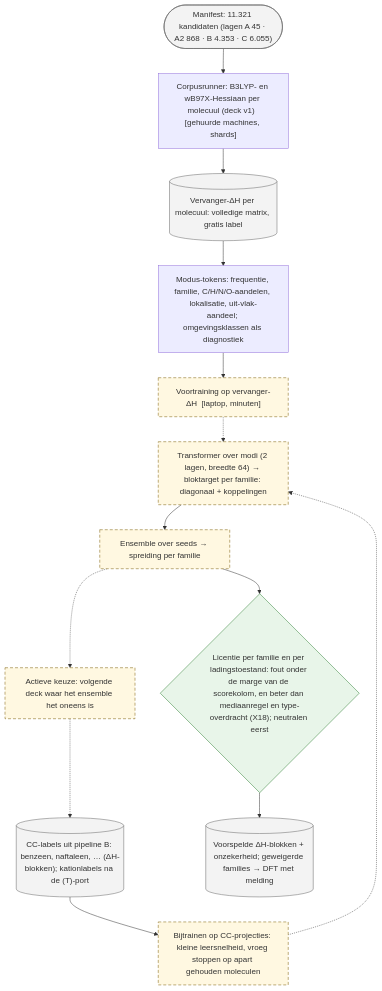
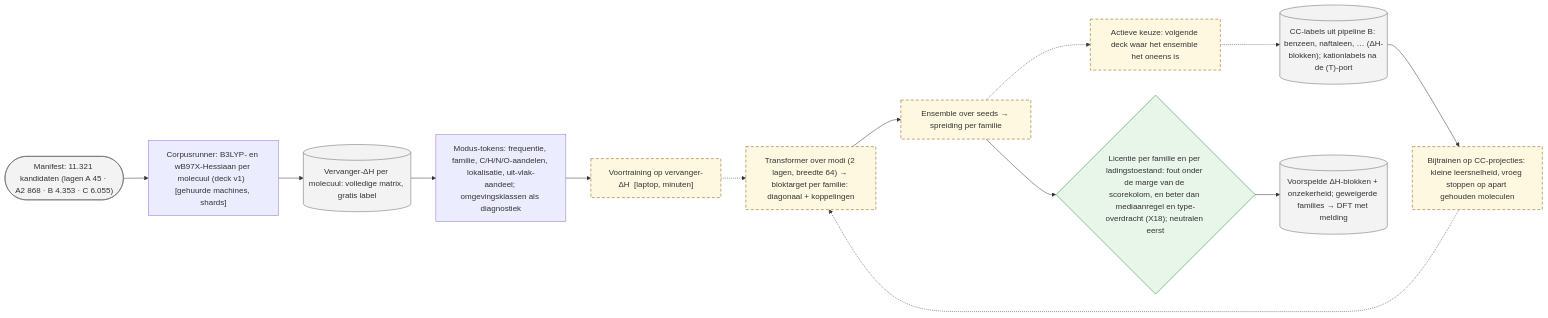
One commit to thebreadishard/udacity-capstone-plan changed the third of 5 diagrams in plans/05_delta-probed-ir-pipeline/GoalGathering/architecture/ARCHITECTURE.md. Above: the diagram before and after it, drawn with Mermaid. The commit also changed other lines of this file and 3 other files, not shown here.

Commit message:
Plan 05 architecture: all sheets left to right (the user's monitor); overview LR with the three pipelines as columns, pipeline B and A sheets LR like the spectrum sheet

````diff
--- a/plans/05_delta-probed-ir-pipeline/GoalGathering/architecture/ARCHITECTURE.md
+++ b/plans/05_delta-probed-ir-pipeline/GoalGathering/architecture/ARCHITECTURE.md
@@ -108,25 +108,25 @@
 ```mermaid
 %% Pipeline A: het netwerk dat de correctie overdraagt (niveau 3), stand 19 september 2026.
-flowchart TB
+flowchart LR
   classDef planned stroke-dasharray: 6 4,stroke:#7a5c00,fill:#fff8e1
   classDef data fill:#f3f3f3,stroke:#666
   classDef gate fill:#e8f5e9,stroke:#2e7d32
 
   MAN(["Manifest: 11.321 kandidaten (lagen A 45 · A2 868 · B 4.353 · C 6.055)"]):::data
   RUN["Corpusrunner: B3LYP- en wB97X-Hessiaan per molecuul (deck v1)  [gehuurde machines, shards]"]
   PROXY[("Vervanger-ΔH per molecuul: volledige matrix, gratis label")]:::data
   TOK["Modus-tokens: frequentie, familie, C/H/N/O-aandelen, lokalisatie, uit-vlak-aandeel; omgevingsklassen als diagnostiek"]
   PRE["Voortraining op vervanger-ΔH  [laptop, minuten]"]:::planned
   NET["Transformer over modi (2 lagen, breedte 64) → bloktarget per familie: diagonaal + koppelingen"]:::planned
   CC[("CC-labels uit pipeline B: benzeen, naftaleen, … (ΔH-blokken); kationlabels na de (T)-port")]:::data
   FT["Bijtrainen op CC-projecties: kleine leersnelheid, vroeg stoppen op apart gehouden moleculen"]:::planned
   ENS["Ensemble over seeds → spreiding per familie"]:::planned
   LIC{"Licentie per familie en per ladingstoestand: fout onder de marge van de scorekolom, en beter dan mediaanregel en type-overdracht (X18); neutralen eerst"}:::gate
   ACT["Actieve keuze: volgende deck waar het ensemble het oneens is"]:::planned
   PRED[("Voorspelde ΔH-blokken + onzekerheid; geweigerde families → DFT met melding")]:::data
 
   MAN --> RUN --> PROXY --> TOK --> PRE -.-> NET
   CC --> FT -.-> NET
   NET --> ENS --> LIC --> PRED
   ENS -.-> ACT -.-> CC
 ```
````
